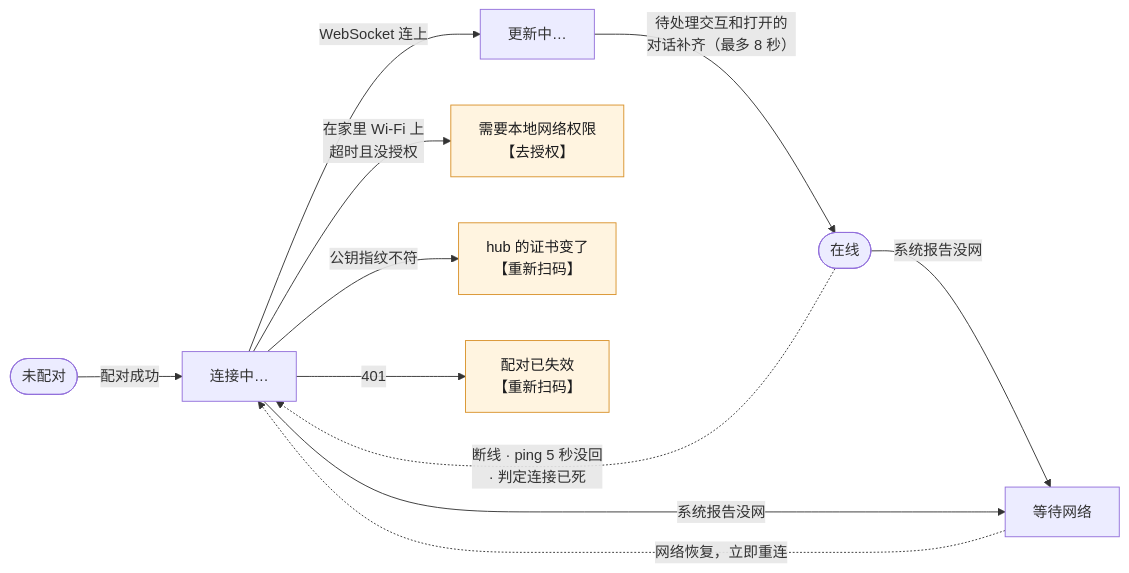
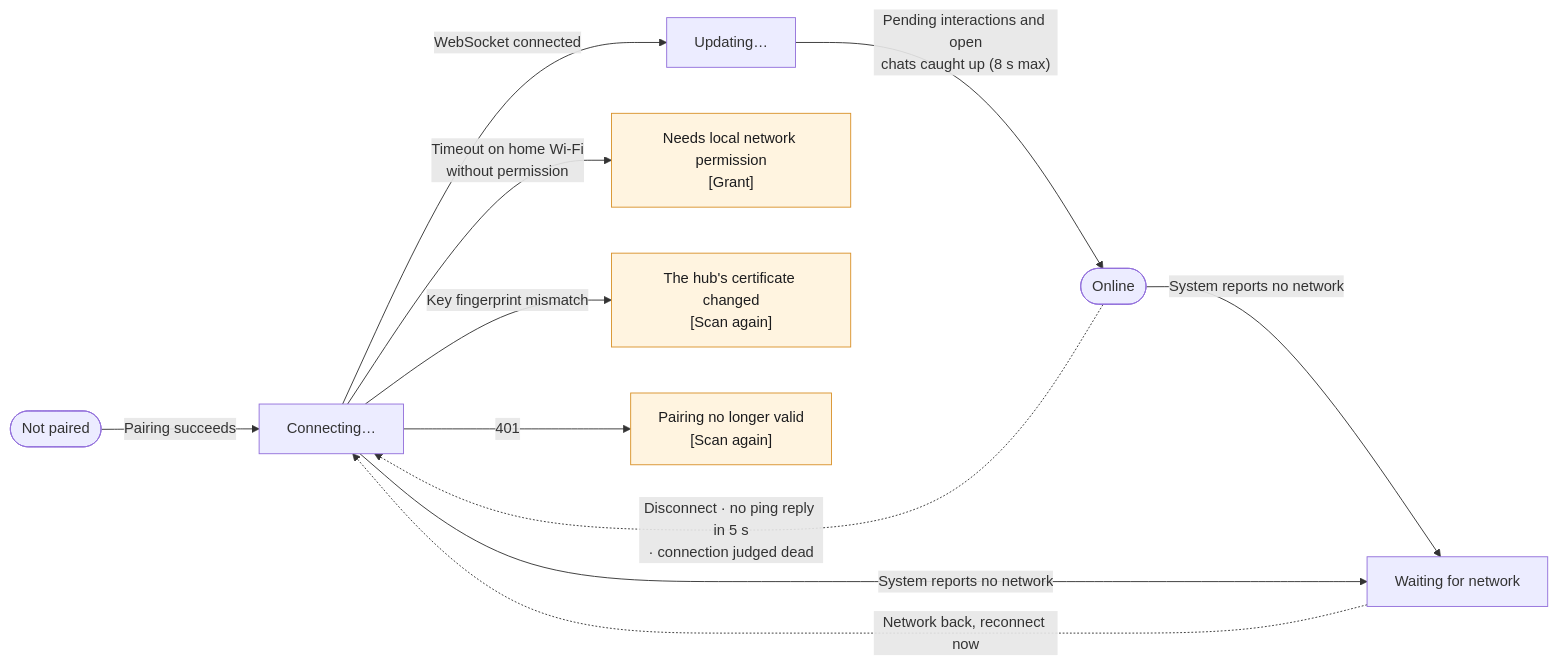
The fifth of 15 diagrams in docs/redesign/flows.md (413180794/persona), drawn with Mermaid before and after one commit. The commit also changed other lines of this file and 6 other files, not shown here.

````diff
--- a/docs/redesign/flows.md
+++ b/docs/redesign/flows.md
@@ -125,15 +125,15 @@
 ```mermaid
 flowchart LR
-  U(["未配对"]) -- "配对成功" --> C["连接中…"]
-  C -- "WebSocket 连上" --> UP["更新中…"]
-  UP -- "待处理交互和打开的<br/>对话补齐（最多 8 秒）" --> O(["在线"])
-  O -. "断线 · ping 5 秒没回<br/>· 判定连接已死" .-> C
-  O -- "系统报告没网" --> W["等待网络"]
-  C -- "系统报告没网" --> W
-  W -. "网络恢复，立即重连" .-> C
-  C -- "在家里 Wi-Fi 上<br/>超时且没授权" --> P["需要本地网络权限<br/>【去授权】"]
-  C -- "公钥指纹不符" --> X["hub 的证书变了<br/>【重新扫码】"]
-  C -- "401" --> R["配对已失效<br/>【重新扫码】"]
+  U(["Not paired"]) -- "Pairing succeeds" --> C["Connecting…"]
+  C -- "WebSocket connected" --> UP["Updating…"]
+  UP -- "Pending interactions and open<br/>chats caught up (8 s max)" --> O(["Online"])
+  O -. "Disconnect · no ping reply in 5 s<br/>· connection judged dead" .-> C
+  O -- "System reports no network" --> W["Waiting for network"]
+  C -- "System reports no network" --> W
+  W -. "Network back, reconnect now" .-> C
+  C -- "Timeout on home Wi-Fi<br/>without permission" --> P["Needs local network permission<br/>[Grant]"]
+  C -- "Key fingerprint mismatch" --> X["The hub's certificate changed<br/>[Scan again]"]
+  C -- "401" --> R["Pairing no longer valid<br/>[Scan again]"]
   classDef you fill:#FFF4E0,stroke:#D9922B,color:#1C1C1E
   class P,X,R you
 ```
````
